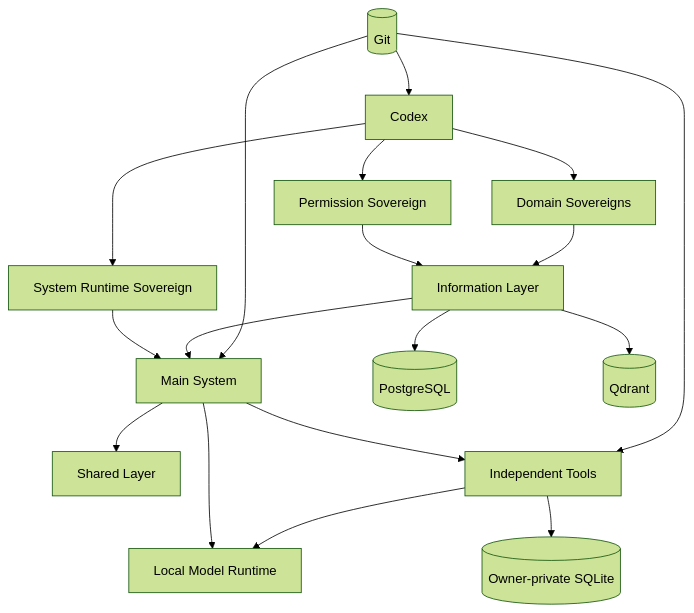
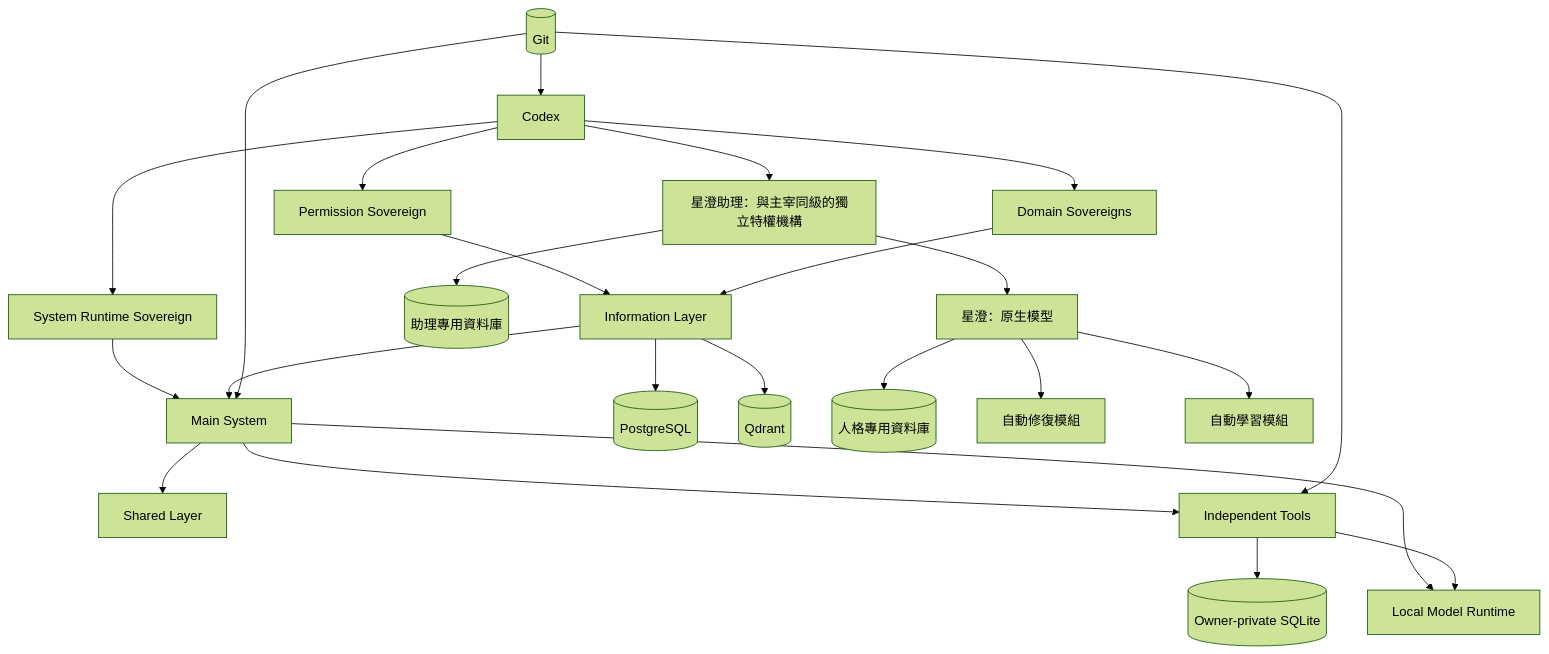
The diagram in governance_rule/codex/architecture-project.md (guilty442-source/GPTBridge), drawn with Mermaid (forest theme) before and after one commit. The commit also changed other lines of this file and 164 other files, not shown here.

````diff
--- a/governance_rule/codex/architecture-project.md
+++ b/governance_rule/codex/architecture-project.md
@@ -3,20 +3,26 @@
 ```mermaid
 flowchart TB
   C[Codex] --> P[Permission Sovereign]
   C --> D[Domain Sovereigns]
+  C --> XA[星澄助理：與主宰同級的獨立特權機構]
   C --> R[System Runtime Sovereign]
   P --> I[Information Layer]
   D --> I
   R --> M[Main System]
   I --> M
   M --> S[Shared Layer]
   M --> T[Independent Tools]
   I --> PG[(PostgreSQL)]
   I --> Q[(Qdrant)]
   T --> SQ[(Owner-private SQLite)]
   G[(Git)] --> C
   G --> M
   G --> T
   M --> L[Local Model Runtime]
   T --> L
+  XA --> XAD[(助理專用資料庫)]
+  XA --> XC[星澄：原生模型]
+  XC --> XP[(人格專用資料庫)]
+  XC --> AR[自動修復模組]
+  XC --> AL[自動學習模組]
 ```
````
